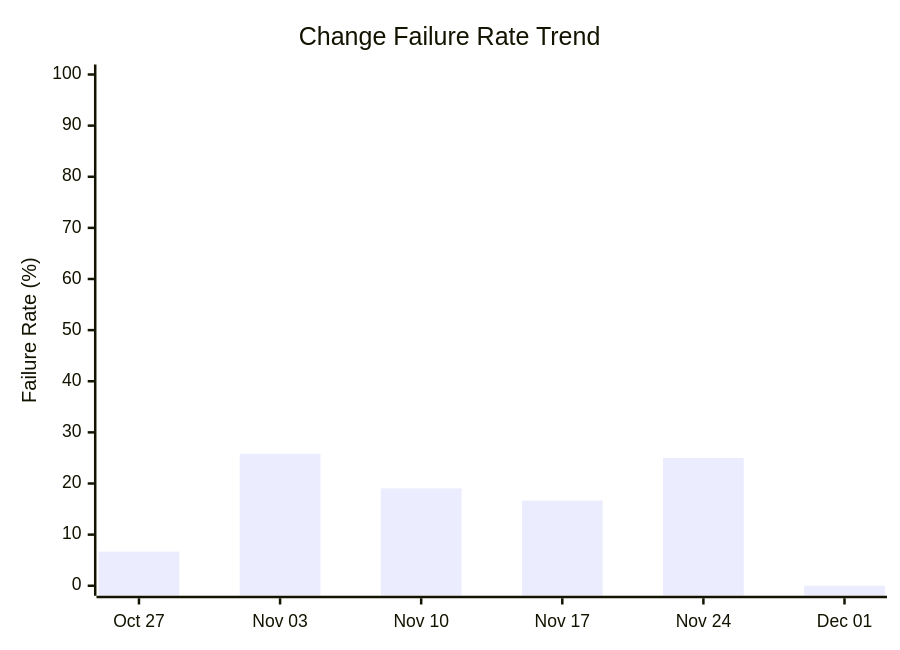
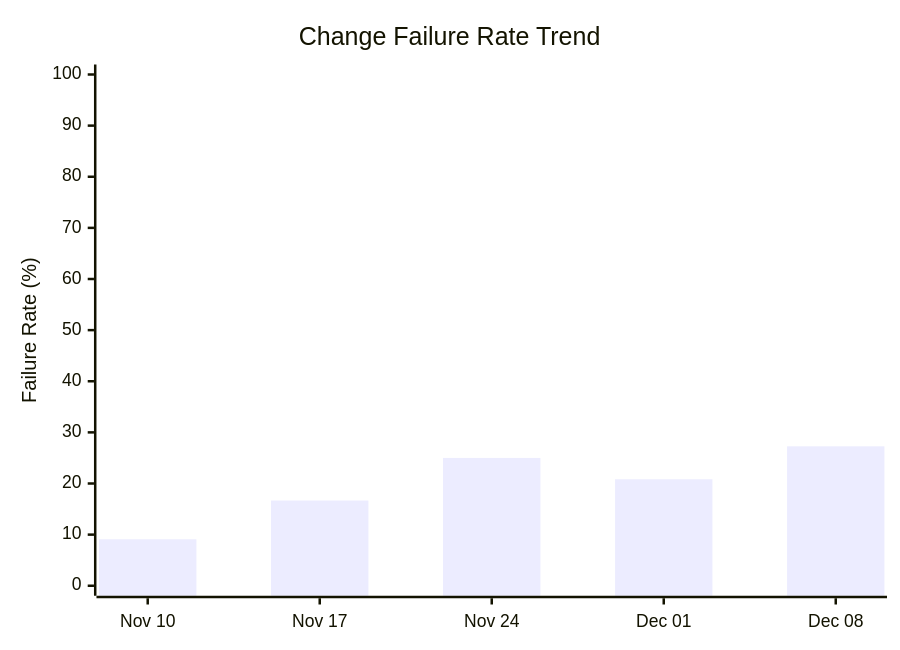
Before and after one commit to ukma-cs-ssdm-2025/rate-ukma: the fourth of 4 diagrams in docs/ci-cd/dora-summary.md, drawn with Mermaid. The commit also changed other lines of this file, not shown here.

````diff
--- a/docs/ci-cd/dora-summary.md
+++ b/docs/ci-cd/dora-summary.md
@@ -65,7 +65,7 @@
 ```mermaid
 xychart-beta
     title "Change Failure Rate Trend"
-    x-axis ["Oct 27", "Nov 03", "Nov 10", "Nov 17", "Nov 24", "Dec 01"]
+    x-axis ["Nov 10", "Nov 17", "Nov 24", "Dec 01", "Dec 08"]
     y-axis "Failure Rate (%)" 0 --> 100
-    bar [6.67, 25.81, 19.05, 16.67, 25.00, 0.00]
+    bar [9.09, 16.67, 25.00, 20.83, 27.27]
 ```
````
